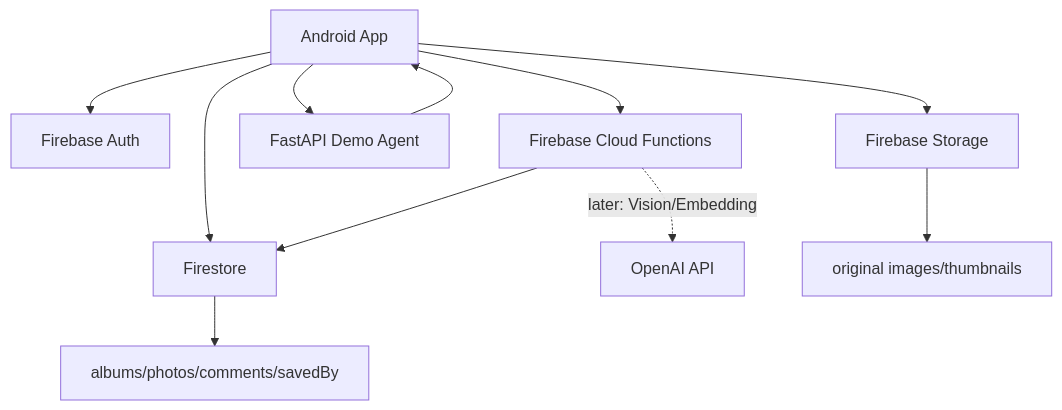
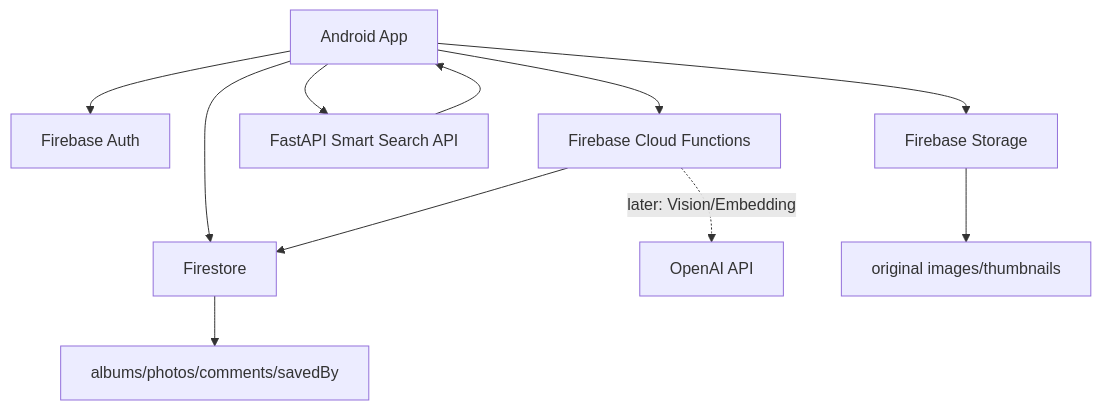
One commit to stophhh/ShareAlbum changed the diagram in docs/architecture.mmd. Above: the diagram before and after it, drawn with Mermaid. The commit also changed 4 other files, not shown here.

```diff
--- a/docs/architecture.mmd
+++ b/docs/architecture.mmd
@@ -1,11 +1,11 @@
 flowchart TD
     A["Android App"] --> B["Firebase Auth"]
     A --> C["Firestore"]
     A --> D["Firebase Storage"]
-    A --> E["FastAPI Demo Agent"]
+    A --> E["FastAPI Smart Search API"]
     E --> A
     A --> F["Firebase Cloud Functions"]
     F -. "later: Vision/Embedding" .-> G["OpenAI API"]
     F --> C
     C --> H["albums/photos/comments/savedBy"]
     D --> I["original images/thumbnails"]
```
